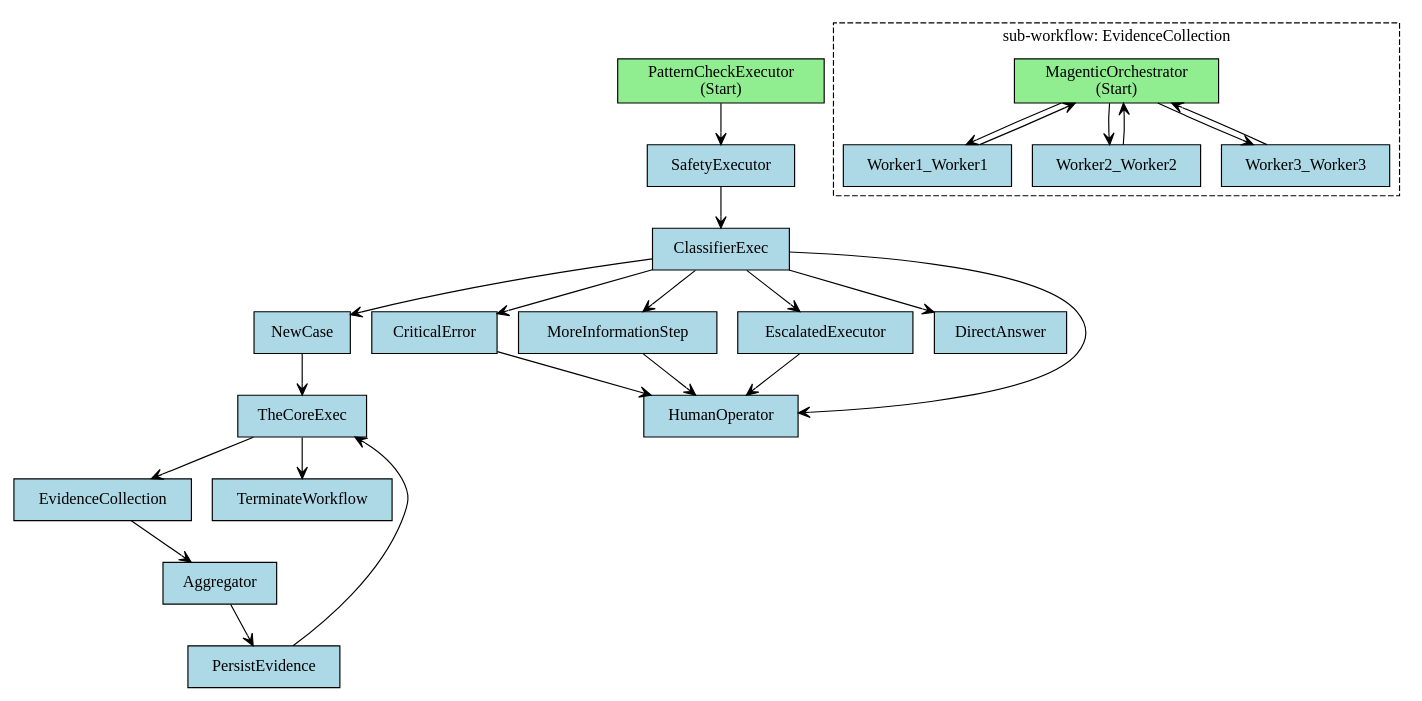
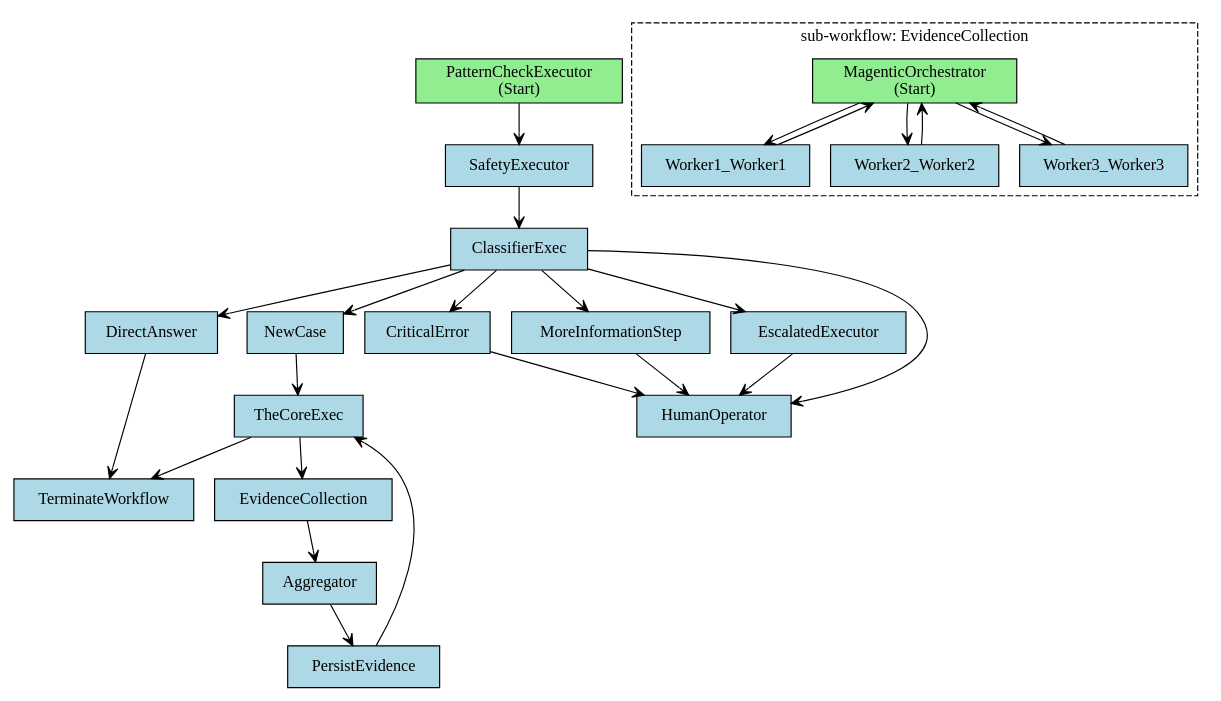
The diagram in projects/SentinelCore.UI/workflow.dot (KyleC69/SentinelCore), drawn with Graphviz before and after one commit. The commit also changed 75 other files, not shown here.

```diff
--- a/projects/SentinelCore.UI/workflow.dot
+++ b/projects/SentinelCore.UI/workflow.dot
@@ -1,51 +1,52 @@
 digraph Workflow {
   rankdir=TD;
   node [shape=box, style=filled, fillcolor=lightblue];
   edge [color=black, arrowhead=vee];
 
   "PatternCheckExecutor" [fillcolor=lightgreen, label="PatternCheckExecutor\n(Start)"];
   "SafetyExecutor" [label="SafetyExecutor"];
   "ClassifierExec" [label="ClassifierExec"];
   "NewCase" [label="NewCase"];
+  "DirectAnswer" [label="DirectAnswer"];
   "CriticalError" [label="CriticalError"];
   "MoreInformationStep" [label="MoreInformationStep"];
   "EscalatedExecutor" [label="EscalatedExecutor"];
-  "DirectAnswer" [label="DirectAnswer"];
   "HumanOperator" [label="HumanOperator"];
+  "TerminateWorkflow" [label="TerminateWorkflow"];
   "TheCoreExec" [label="TheCoreExec"];
   "EvidenceCollection" [label="EvidenceCollection"];
   "Aggregator" [label="Aggregator"];
   "PersistEvidence" [label="PersistEvidence"];
-  "TerminateWorkflow" [label="TerminateWorkflow"];
   "PatternCheckExecutor" -> "SafetyExecutor";
   "SafetyExecutor" -> "ClassifierExec";
   "ClassifierExec" -> "NewCase";
+  "ClassifierExec" -> "DirectAnswer";
   "ClassifierExec" -> "CriticalError";
   "ClassifierExec" -> "MoreInformationStep";
   "ClassifierExec" -> "EscalatedExecutor";
-  "ClassifierExec" -> "DirectAnswer";
   "ClassifierExec" -> "HumanOperator";
   "CriticalError" -> "HumanOperator";
   "MoreInformationStep" -> "HumanOperator";
   "EscalatedExecutor" -> "HumanOperator";
+  "DirectAnswer" -> "TerminateWorkflow";
   "NewCase" -> "TheCoreExec";
   "TheCoreExec" -> "EvidenceCollection";
   "TheCoreExec" -> "TerminateWorkflow";
   "EvidenceCollection" -> "Aggregator";
   "Aggregator" -> "PersistEvidence";
   "PersistEvidence" -> "TheCoreExec";
   subgraph cluster_0D879038 {
     label="sub-workflow: EvidenceCollection";
     style=dashed;
     "EvidenceCollection/MagenticOrchestrator" [fillcolor=lightgreen, label="MagenticOrchestrator\n(Start)"];
     "EvidenceCollection/Worker1_Worker1" [label="Worker1_Worker1"];
     "EvidenceCollection/Worker2_Worker2" [label="Worker2_Worker2"];
     "EvidenceCollection/Worker3_Worker3" [label="Worker3_Worker3"];
     "EvidenceCollection/Worker1_Worker1" -> "EvidenceCollection/MagenticOrchestrator";
     "EvidenceCollection/Worker2_Worker2" -> "EvidenceCollection/MagenticOrchestrator";
     "EvidenceCollection/Worker3_Worker3" -> "EvidenceCollection/MagenticOrchestrator";
     "EvidenceCollection/MagenticOrchestrator" -> "EvidenceCollection/Worker1_Worker1";
     "EvidenceCollection/MagenticOrchestrator" -> "EvidenceCollection/Worker2_Worker2";
     "EvidenceCollection/MagenticOrchestrator" -> "EvidenceCollection/Worker3_Worker3";
   }
 }
```
